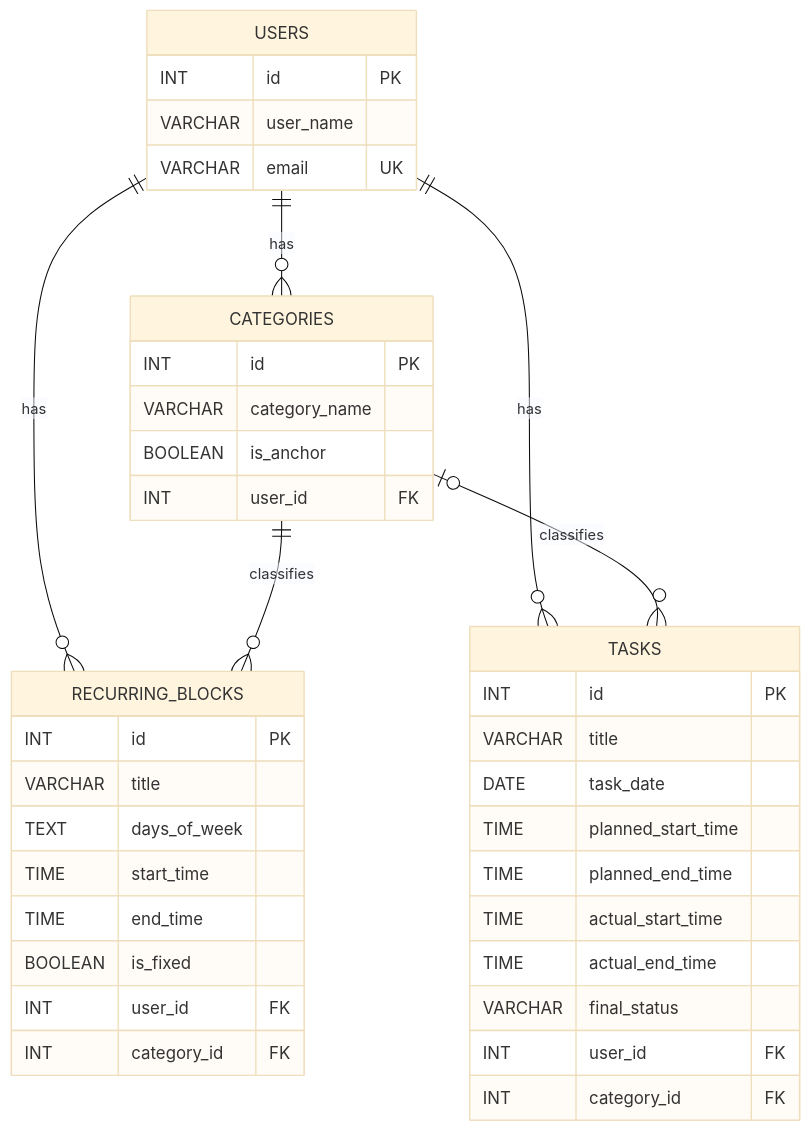
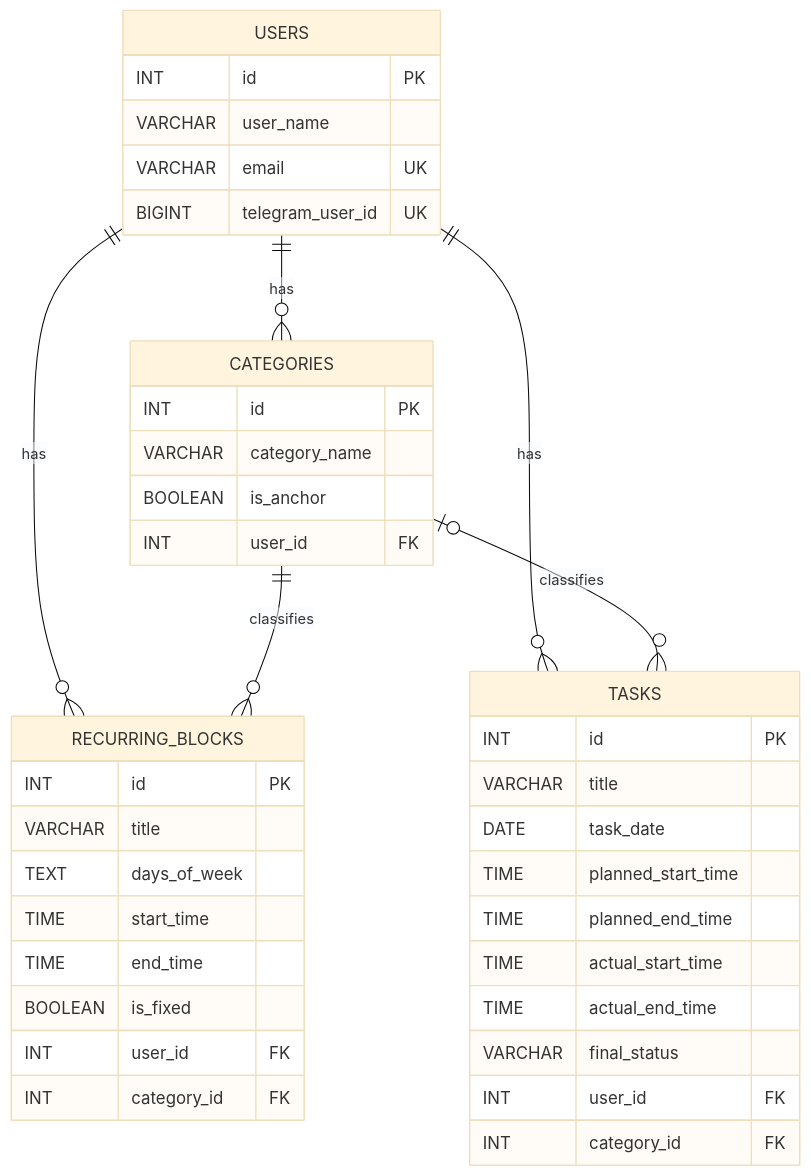
Before and after one commit to ruimifaco/copilot-manager: the second of 2 diagrams in docs/project.md, drawn with Mermaid (base theme). The commit also changed other lines of this file and 1 other file, not shown here.

Commit message:
docs: adiciona doc sobre a adição do telegram id

````diff
--- a/docs/project.md
+++ b/docs/project.md
@@ -119,46 +119,47 @@
 ```mermaid
 erDiagram
     USERS {
         INT id PK
         VARCHAR user_name
         VARCHAR email UK
+        BIGINT telegram_user_id UK
     }
 
     CATEGORIES {
         INT id PK
         VARCHAR category_name
         BOOLEAN is_anchor
         INT user_id FK
     }
 
     RECURRING_BLOCKS {
         INT id PK
         VARCHAR title
         TEXT days_of_week
         TIME start_time
         TIME end_time
         BOOLEAN is_fixed
         INT user_id FK
         INT category_id FK
     }
 
     TASKS {
         INT id PK
         VARCHAR title
         DATE task_date
         TIME planned_start_time
         TIME planned_end_time
         TIME actual_start_time
         TIME actual_end_time
         VARCHAR final_status
         INT user_id FK
         INT category_id FK
     }
 
     USERS ||--o{ CATEGORIES : has
     USERS ||--o{ RECURRING_BLOCKS : has
     USERS ||--o{ TASKS : has
 
     CATEGORIES ||--o{ RECURRING_BLOCKS : classifies
     CATEGORIES o|--o{ TASKS : classifies
 ```
````
